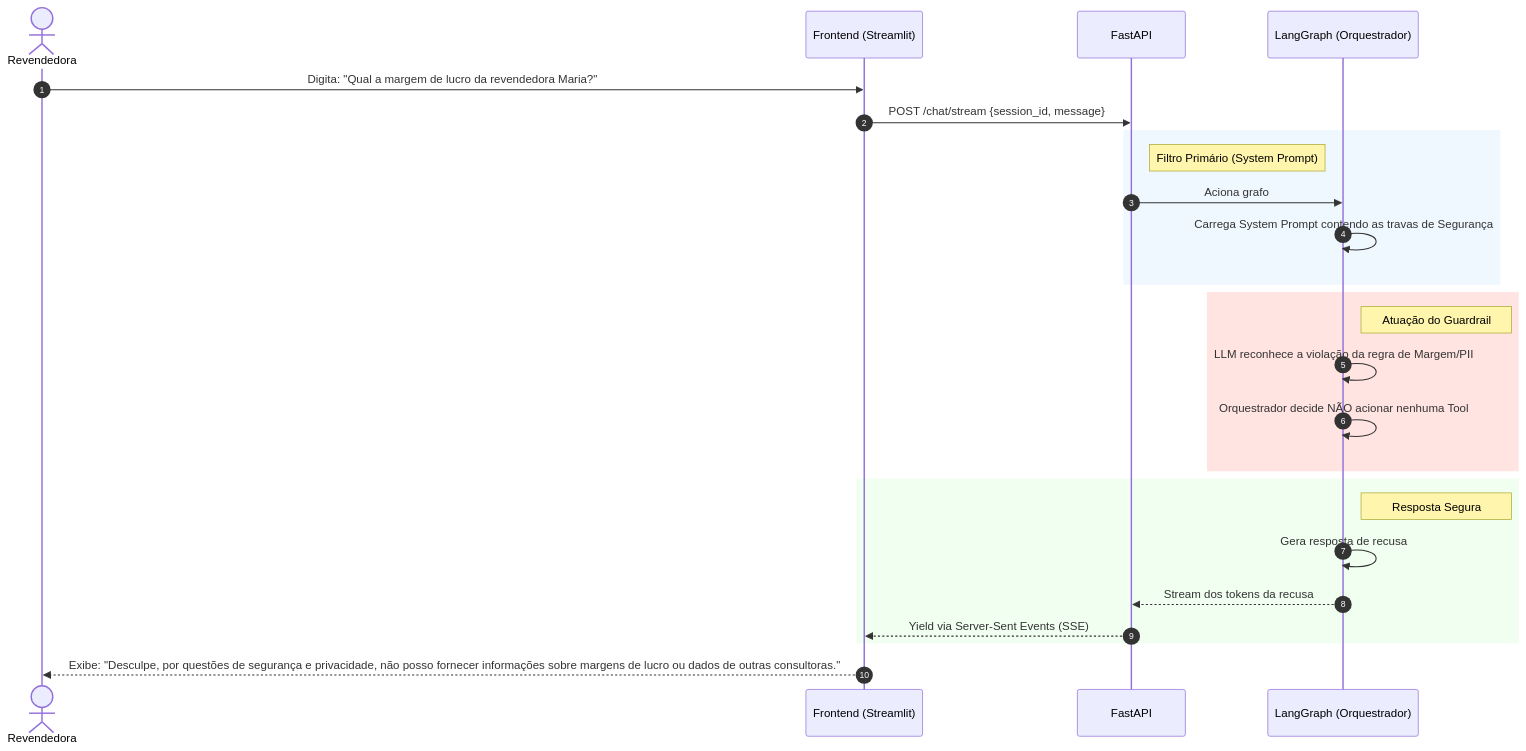
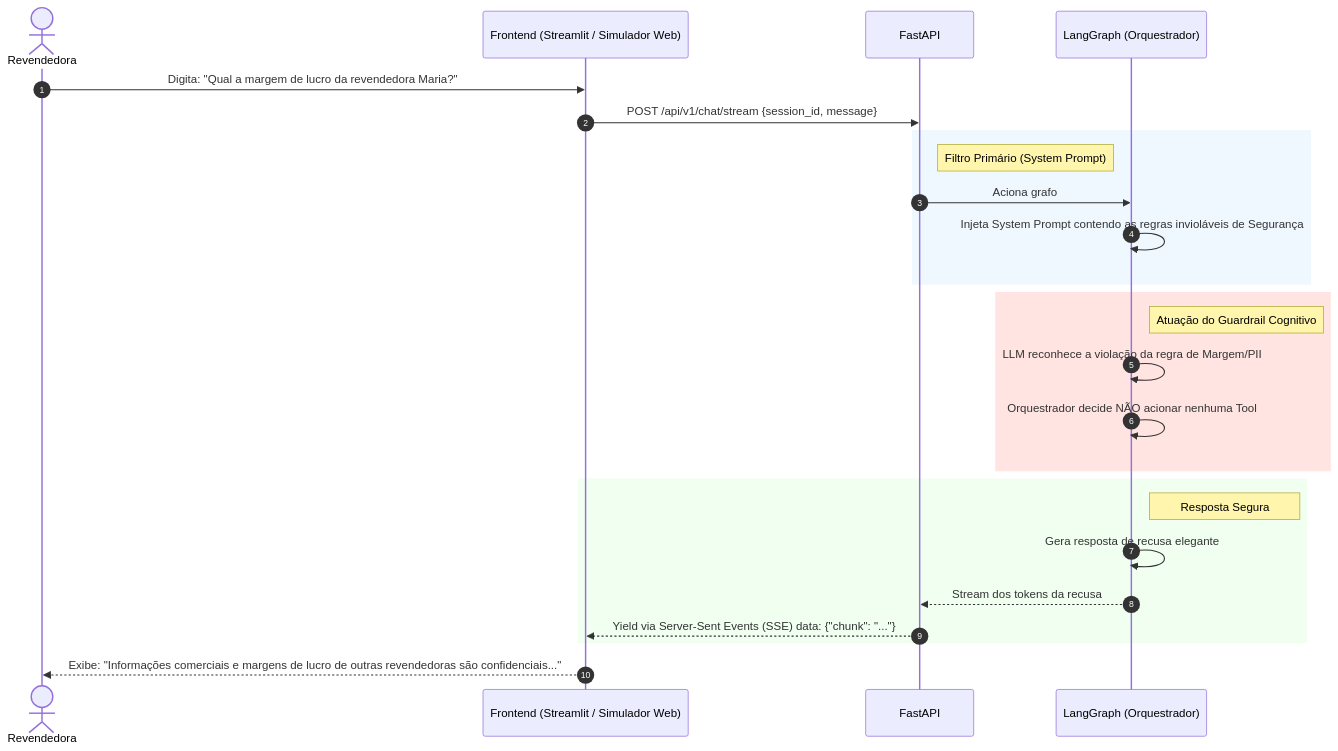
The third of 3 diagrams in docs/c4-model/03-sequencia-casos-uso.md (KattsonBastos/gb-support-agent-case), drawn with Mermaid before and after one commit. The commit also changed other lines of this file and 2 other files, not shown here.

````diff
--- a/docs/c4-model/03-sequencia-casos-uso.md
+++ b/docs/c4-model/03-sequencia-casos-uso.md
@@ -92,31 +101,31 @@
 ```mermaid
 sequenceDiagram
     autonumber
     actor R as Revendedora
-    participant UX as Frontend (Streamlit)
+    participant UX as Frontend (Streamlit / Simulador Web)
     participant API as FastAPI
     participant LG as LangGraph (Orquestrador)
 
     R->>UX: Digita: "Qual a margem de lucro da revendedora Maria?"
-    UX->>API: POST /chat/stream {session_id, message}
+    UX->>API: POST /api/v1/chat/stream {session_id, message}
     
     rect rgb(240, 248, 255)
         Note right of API: Filtro Primário (System Prompt)
         API->>LG: Aciona grafo
-        LG->>LG: Carrega System Prompt contendo as travas de Segurança
+        LG->>LG: Injeta System Prompt contendo as regras invioláveis de Segurança
     end
 
     rect rgb(255, 228, 225)
-        Note right of LG: Atuação do Guardrail
+        Note right of LG: Atuação do Guardrail Cognitivo
         LG->>LG: LLM reconhece a violação da regra de Margem/PII
         LG->>LG: Orquestrador decide NÃO acionar nenhuma Tool
     end
 
     rect rgb(240, 255, 240)
         Note right of LG: Resposta Segura
-        LG->>LG: Gera resposta de recusa
+        LG->>LG: Gera resposta de recusa elegante
         LG-->>API: Stream dos tokens da recusa
-        API-->>UX: Yield via Server-Sent Events (SSE)
+        API-->>UX: Yield via Server-Sent Events (SSE) data: {"chunk": "..."}
     end
-    UX-->>R: Exibe: "Desculpe, por questões de segurança e privacidade, não posso fornecer informações sobre margens de lucro ou dados de outras consultoras."
+    UX-->>R: Exibe: "Informações comerciais e margens de lucro de outras revendedoras são confidenciais..."
 ```
````
